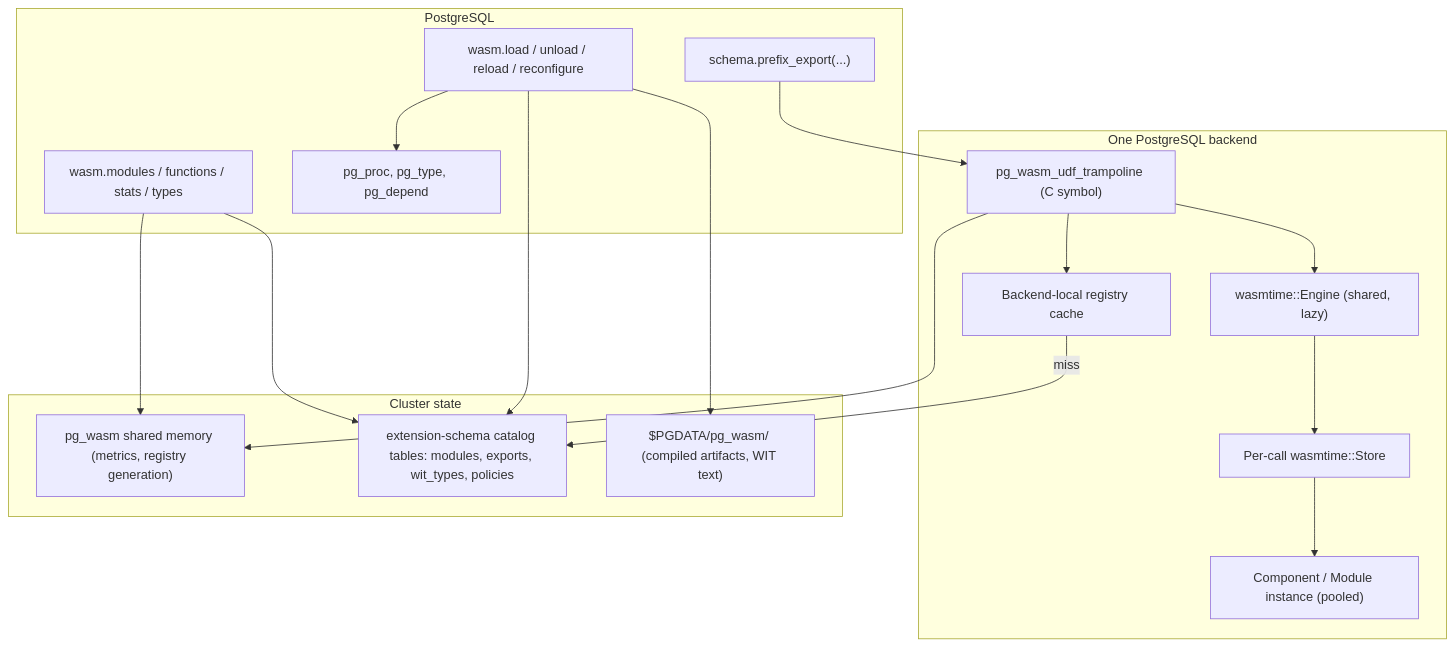
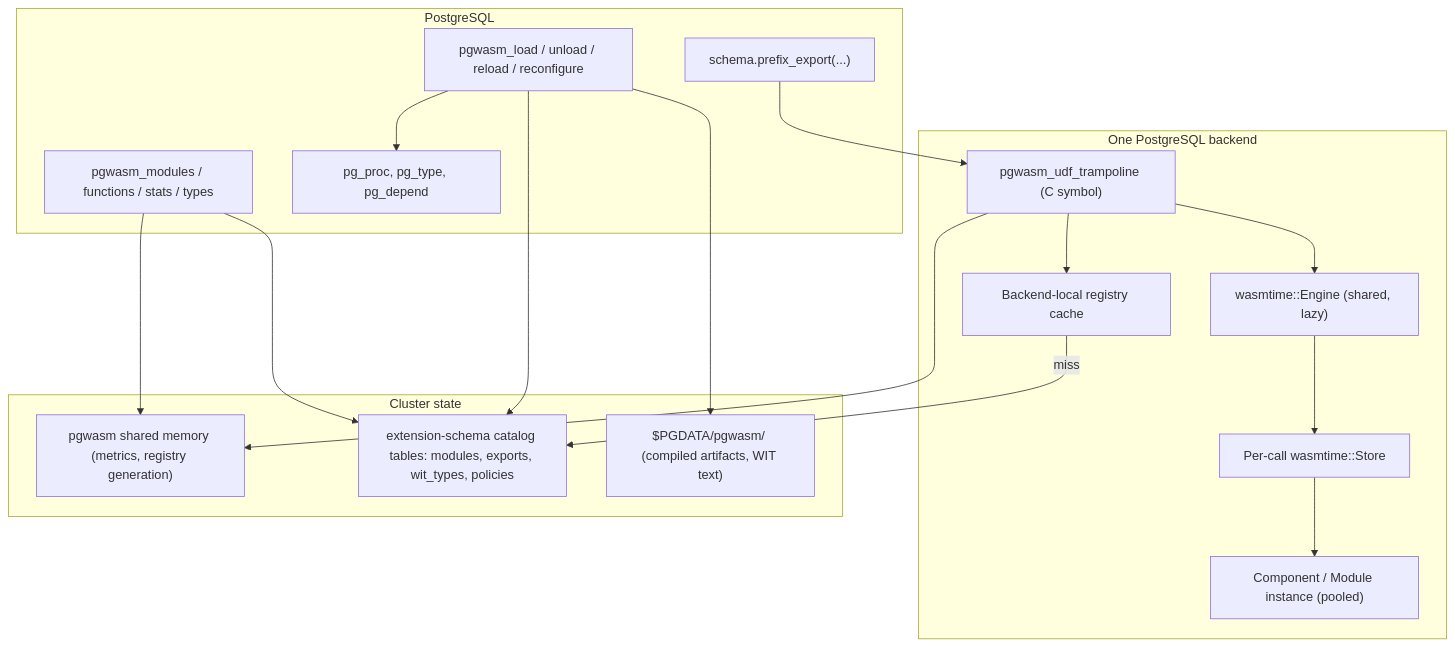
The first of 3 diagrams in docs/architecture.md (jnicholls/pgwasm), drawn with Mermaid before and after one commit. The commit also changed other lines of this file and 219 other files, not shown here.

````diff
--- a/docs/architecture.md
+++ b/docs/architecture.md
@@ -53,36 +53,36 @@
 ```mermaid
 flowchart TB
   subgraph SQL["PostgreSQL"]
-    API["wasm.load / unload / reload / reconfigure"]
+    API["pgwasm_load / unload / reload / reconfigure"]
     UDF["schema.prefix_export(...)"]
-    Views["wasm.modules / functions / stats / types"]
+    Views["pgwasm_modules / functions / stats / types"]
     Catalog["pg_proc, pg_type, pg_depend"]
   end
 
   subgraph BackendProcess["One PostgreSQL backend"]
-    Tramp["pg_wasm_udf_trampoline (C symbol)"]
+    Tramp["pgwasm_udf_trampoline (C symbol)"]
     LocalReg["Backend-local registry cache"]
     Engine["wasmtime::Engine (shared, lazy)"]
     Store["Per-call wasmtime::Store"]
     Instance["Component / Module instance (pooled)"]
   end
 
   subgraph ClusterState["Cluster state"]
-    Shmem["pg_wasm shared memory (metrics, registry generation)"]
+    Shmem["pgwasm shared memory (metrics, registry generation)"]
     CatalogTables["extension-schema catalog tables: modules, exports, wit_types, policies"]
-    Fs["$PGDATA/pg_wasm/ (compiled artifacts, WIT text)"]
+    Fs["$PGDATA/pgwasm/ (compiled artifacts, WIT text)"]
   end
 
   API --> CatalogTables
   API --> Fs
   API --> Catalog
   UDF --> Tramp
   Tramp --> LocalReg
   LocalReg -->|miss| CatalogTables
   Tramp --> Engine
   Engine --> Store
   Store --> Instance
   Tramp --> Shmem
   Views --> CatalogTables
   Views --> Shmem
 ```
````
